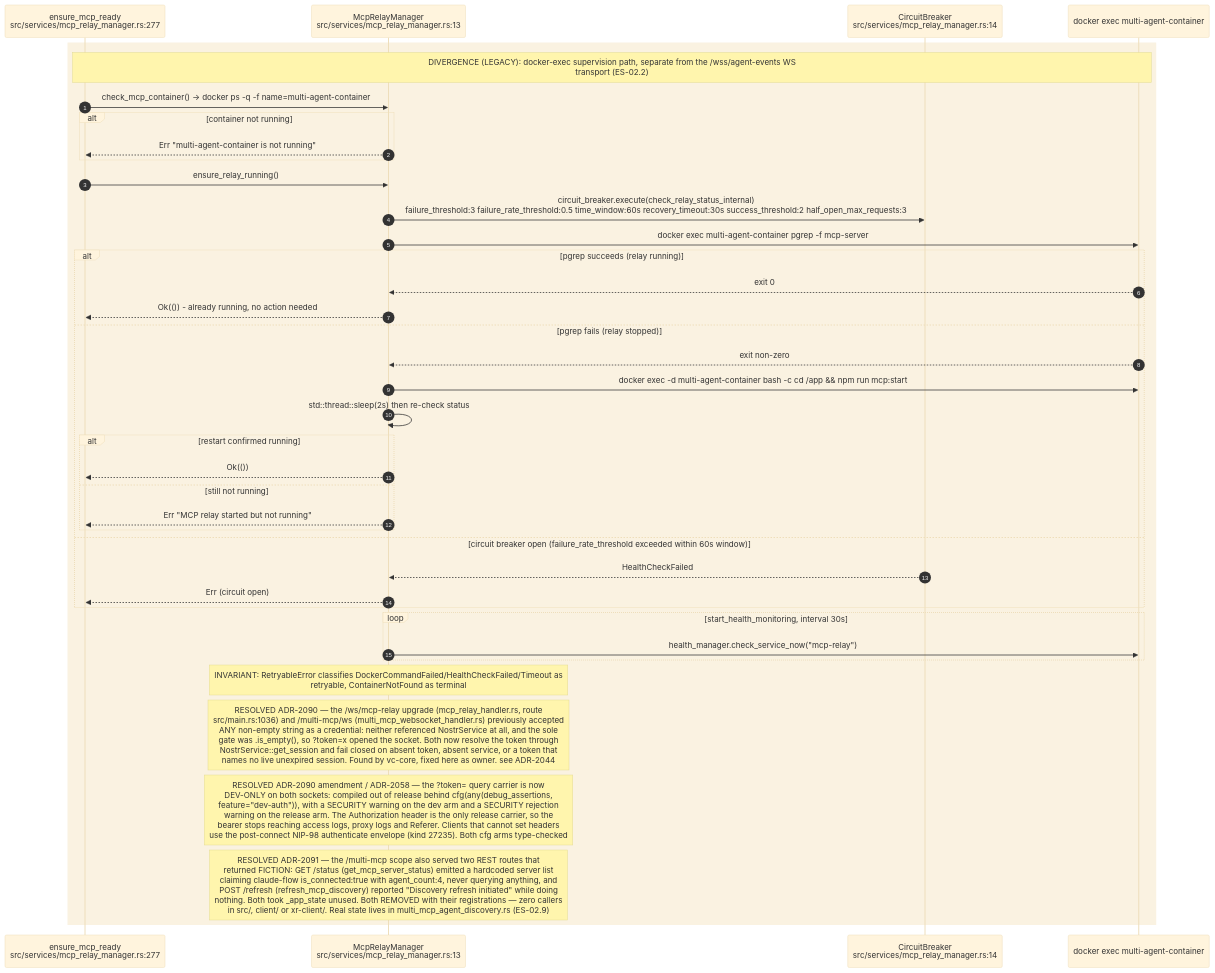
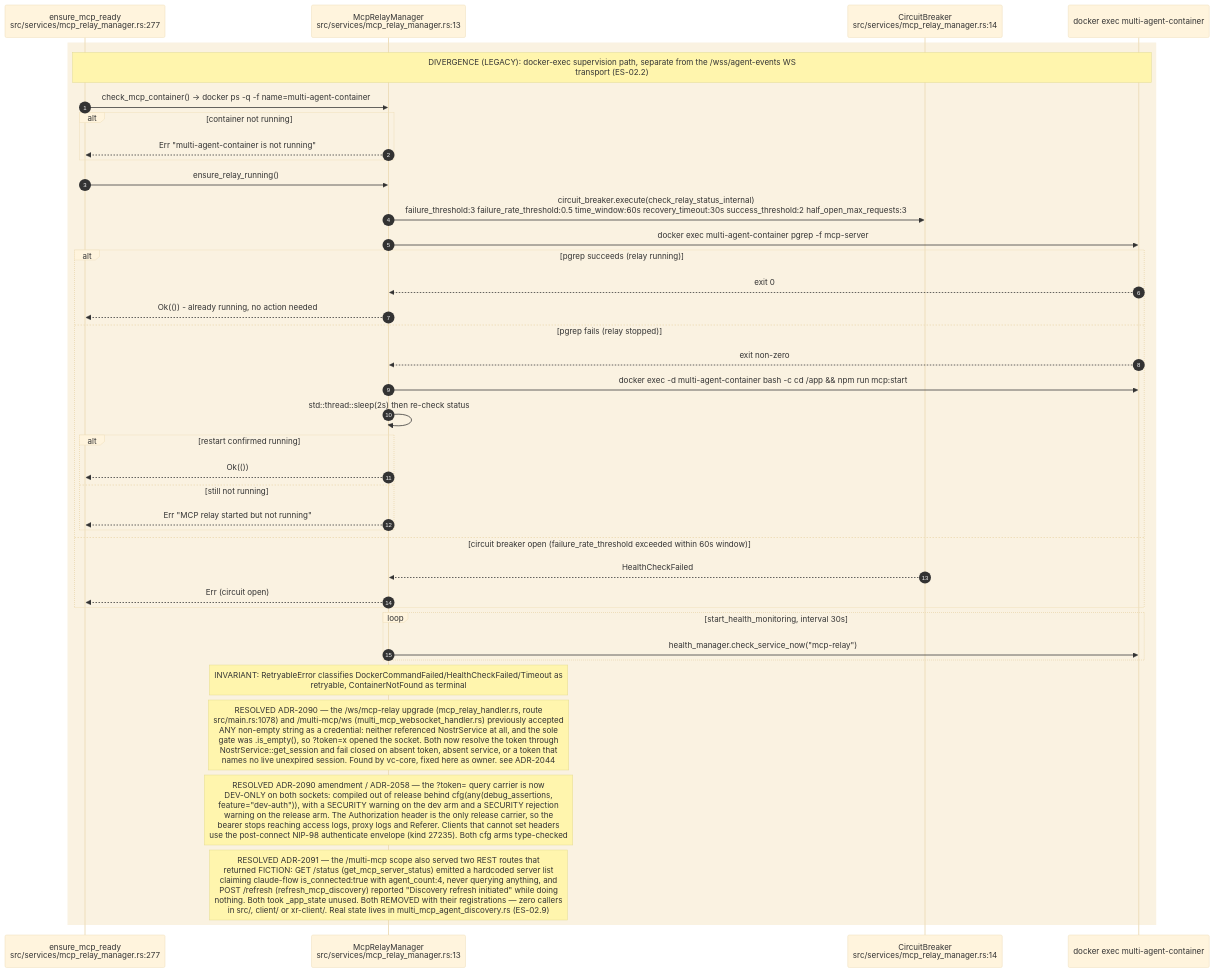
One commit to DreamLab-AI/VisionFlow changed the seventh of 12 diagrams in docs/diagrams/estate/02-agent-events-agentbox-to-visionclaw.md. Above: the diagram before and after it, drawn with Mermaid (base theme). The commit also changed other lines of this file and 12 other files, not shown here.

````diff
--- a/docs/diagrams/estate/02-agent-events-agentbox-to-visionclaw.md
+++ b/docs/diagrams/estate/02-agent-events-agentbox-to-visionclaw.md
@@ -308,42 +311,42 @@
 ```mermaid
 sequenceDiagram
     autonumber
     participant CALL as ensure_mcp_ready<br/>src/services/mcp_relay_manager.rs:277
     participant MGR as McpRelayManager<br/>src/services/mcp_relay_manager.rs:13
     participant CB as CircuitBreaker<br/>src/services/mcp_relay_manager.rs:14
     participant DOCKER as docker exec multi-agent-container
 
     rect rgb(250,242,225)
     Note over CALL,DOCKER: DIVERGENCE (LEGACY): docker-exec supervision path, separate from the /wss/agent-events WS<br/>transport (ES-02.2)
     CALL->>MGR: check_mcp_container() -> docker ps -q -f name=multi-agent-container
     alt container not running
         MGR-->>CALL: Err "multi-agent-container is not running"
     end
     CALL->>MGR: ensure_relay_running()
     MGR->>CB: circuit_breaker.execute(check_relay_status_internal)<br/>failure_threshold:3 failure_rate_threshold:0.5 time_window:60s recovery_timeout:30s success_threshold:2 half_open_max_requests:3
     MGR->>DOCKER: docker exec multi-agent-container pgrep -f mcp-server
     alt pgrep succeeds (relay running)
         DOCKER-->>MGR: exit 0
         MGR-->>CALL: Ok(()) - already running, no action needed
     else pgrep fails (relay stopped)
         DOCKER-->>MGR: exit non-zero
         MGR->>DOCKER: docker exec -d multi-agent-container bash -c cd /app && npm run mcp:start
         MGR->>MGR: std::thread::sleep(2s) then re-check status
         alt restart confirmed running
             MGR-->>CALL: Ok(())
         else still not running
             MGR-->>CALL: Err "MCP relay started but not running"
         end
     else circuit breaker open (failure_rate_threshold exceeded within 60s window)
         CB-->>MGR: HealthCheckFailed
         MGR-->>CALL: Err (circuit open)
     end
     loop start_health_monitoring, interval 30s
         MGR->>DOCKER: health_manager.check_service_now("mcp-relay")
     end
     Note over MGR: INVARIANT: RetryableError classifies DockerCommandFailed/HealthCheckFailed/Timeout as<br/>retryable, ContainerNotFound as terminal
-    Note over MGR: RESOLVED ADR-2090 — the /ws/mcp-relay upgrade (mcp_relay_handler.rs, route<br/>src/main.rs:1036) and /multi-mcp/ws (multi_mcp_websocket_handler.rs) previously accepted<br/>ANY non-empty string as a credential: neither referenced NostrService at all, and the sole<br/>gate was .is_empty(), so ?token=x opened the socket. Both now resolve the token through<br/>NostrService::get_session and fail closed on absent token, absent service, or a token that<br/>names no live unexpired session. Found by vc-core, fixed here as owner. see ADR-2044
+    Note over MGR: RESOLVED ADR-2090 — the /ws/mcp-relay upgrade (mcp_relay_handler.rs, route<br/>src/main.rs:1078) and /multi-mcp/ws (multi_mcp_websocket_handler.rs) previously accepted<br/>ANY non-empty string as a credential: neither referenced NostrService at all, and the sole<br/>gate was .is_empty(), so ?token=x opened the socket. Both now resolve the token through<br/>NostrService::get_session and fail closed on absent token, absent service, or a token that<br/>names no live unexpired session. Found by vc-core, fixed here as owner. see ADR-2044
     Note over MGR: RESOLVED ADR-2090 amendment / ADR-2058 — the ?token= query carrier is now<br/>DEV-ONLY on both sockets: compiled out of release behind cfg(any(debug_assertions,<br/>feature="dev-auth")), with a SECURITY warning on the dev arm and a SECURITY rejection<br/>warning on the release arm. The Authorization header is the only release carrier, so the<br/>bearer stops reaching access logs, proxy logs and Referer. Clients that cannot set headers<br/>use the post-connect NIP-98 authenticate envelope (kind 27235). Both cfg arms type-checked
     Note over MGR: RESOLVED ADR-2091 — the /multi-mcp scope also served two REST routes that<br/>returned FICTION: GET /status (get_mcp_server_status) emitted a hardcoded server list<br/>claiming claude-flow is_connected:true with agent_count:4, never querying anything, and<br/>POST /refresh (refresh_mcp_discovery) reported "Discovery refresh initiated" while doing<br/>nothing. Both took _app_state unused. Both REMOVED with their registrations — zero callers<br/>in src/, client/ or xr-client/. Real state lives in multi_mcp_agent_discovery.rs (ES-02.9)
     end
 ```
````
